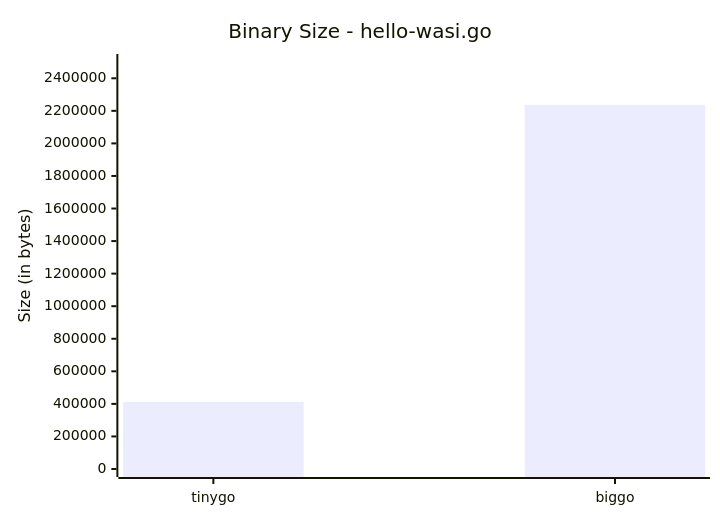
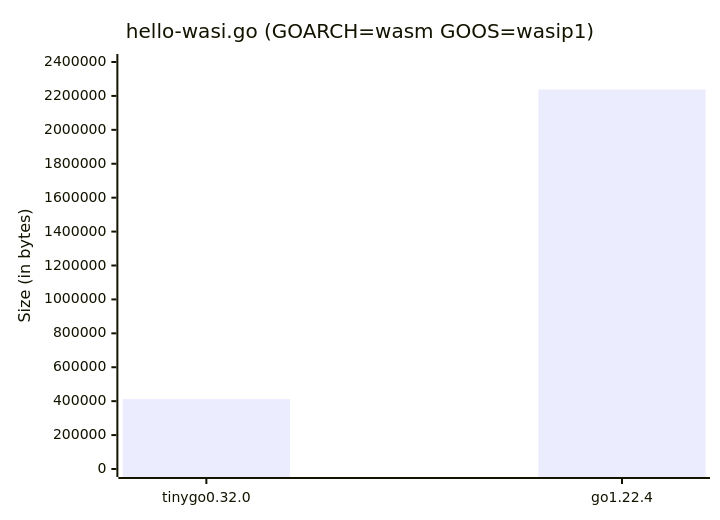
One commit to deadprogram/gopherconeu-2024-tinygo-update changed the second of 2 diagrams in diagrams/sizes.md. Above: the diagram before and after it, drawn with Mermaid. The commit also changed other lines of this file and 3 other files, not shown here.

````diff
--- a/diagrams/sizes.md
+++ b/diagrams/sizes.md
@@ -11,7 +11,7 @@
 ```mermaid
 xychart-beta
-    title "Binary Size - hello-wasi.go"
-    x-axis [tinygo, biggo]
-    y-axis "Size (in bytes)" 0 --> 2500000
-    bar [412416, 2237624]
+    title "hello-wasi.go (GOARCH=wasm GOOS=wasip1)"
+    x-axis [tinygo0.32.0, go1.22.4]
+    y-axis "Size (in bytes)" 0 --> 2400000
+    bar [412403, 2237624]
 ```
````
